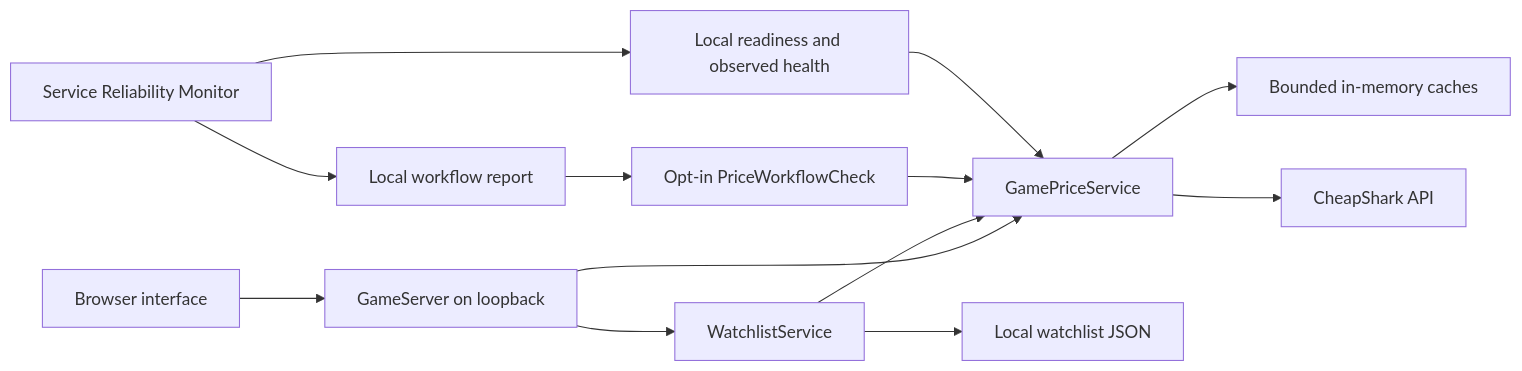
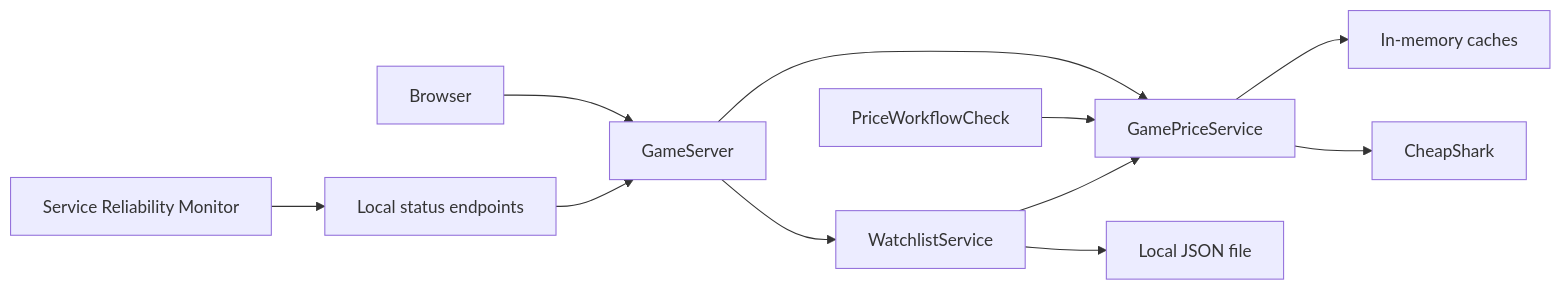
One commit to behruznovruzlu/game-price-search changed the diagram in docs/architecture.md. Above: the diagram before and after it, drawn with Mermaid. The commit also changed other lines of this file and 3 other files, not shown here.

````diff
--- a/docs/architecture.md
+++ b/docs/architecture.md
@@ -7,15 +5,13 @@
 ```mermaid
 flowchart LR
-    User[Browser interface] --> Server[GameServer on loopback]
-    Server --> Service[GamePriceService]
-    Service --> Cache[Bounded in-memory caches]
-    Service --> API[CheapShark API]
-    Server --> Watchlist[WatchlistService]
-    Watchlist --> Service
-    Watchlist --> Saved[Local watchlist JSON]
-    Workflow[Opt-in PriceWorkflowCheck] --> Service
-    Monitor --> Report[Local workflow report]
-    Report --> Workflow
-    Monitor[Service Reliability Monitor] --> Health[Local readiness and observed health]
-    Health --> Service
+    Browser --> GameServer
+    GameServer --> GamePriceService
+    GamePriceService --> Cache[In-memory caches]
+    GamePriceService --> CheapShark
+    GameServer --> WatchlistService
+    WatchlistService --> GamePriceService
+    WatchlistService --> Saved[Local JSON file]
+    PriceWorkflowCheck --> GamePriceService
+    Monitor[Service Reliability Monitor] --> Reports[Local status endpoints]
+    Reports --> GameServer
 ```
````
